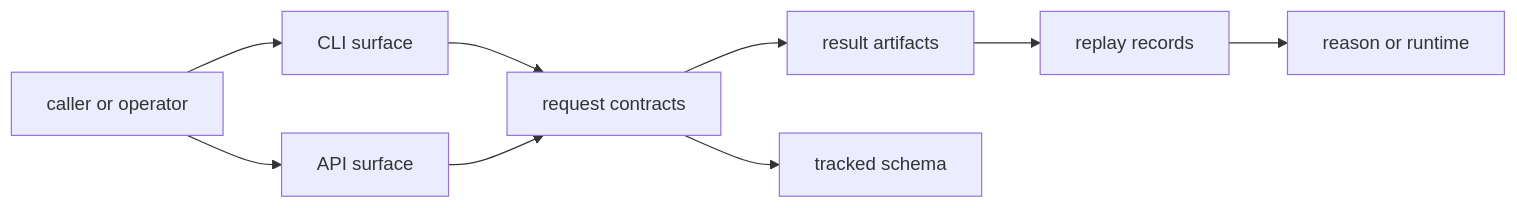
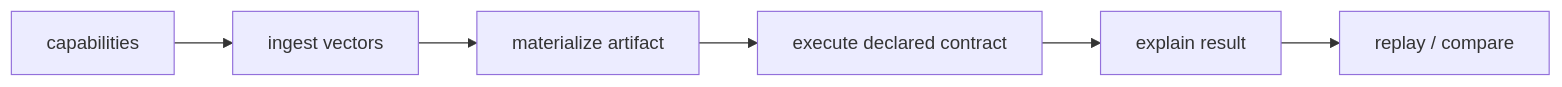
One commit to bijux/bijux-canon changed the diagram in docs/03-bijux-canon-index/interfaces/index.md. Above: the diagram before and after it, drawn with Mermaid. The commit also changed other lines of this file and 3 other files, not shown here.

````diff
--- a/docs/03-bijux-canon-index/interfaces/index.md
+++ b/docs/03-bijux-canon-index/interfaces/index.md
@@ -21,16 +34,11 @@
 ```mermaid
 flowchart LR
-    caller["caller or operator"]
-    cli["CLI surface"]
-    api["API surface"]
-    request["request contracts"]
-    artifact["result artifacts"]
-    replay["replay records"]
-    schema["tracked schema"]
-    consumer["reason or runtime"]
+    discover["capabilities"]
+    admit["ingest vectors"]
+    freeze["materialize artifact"]
+    execute["execute declared contract"]
+    inspect["explain result"]
+    replay["replay / compare"]
 
-    caller --> cli --> request
-    caller --> api --> request
-    request --> artifact --> replay --> consumer
-    request --> schema
+    discover --> admit --> freeze --> execute --> inspect --> replay
 ```
````
